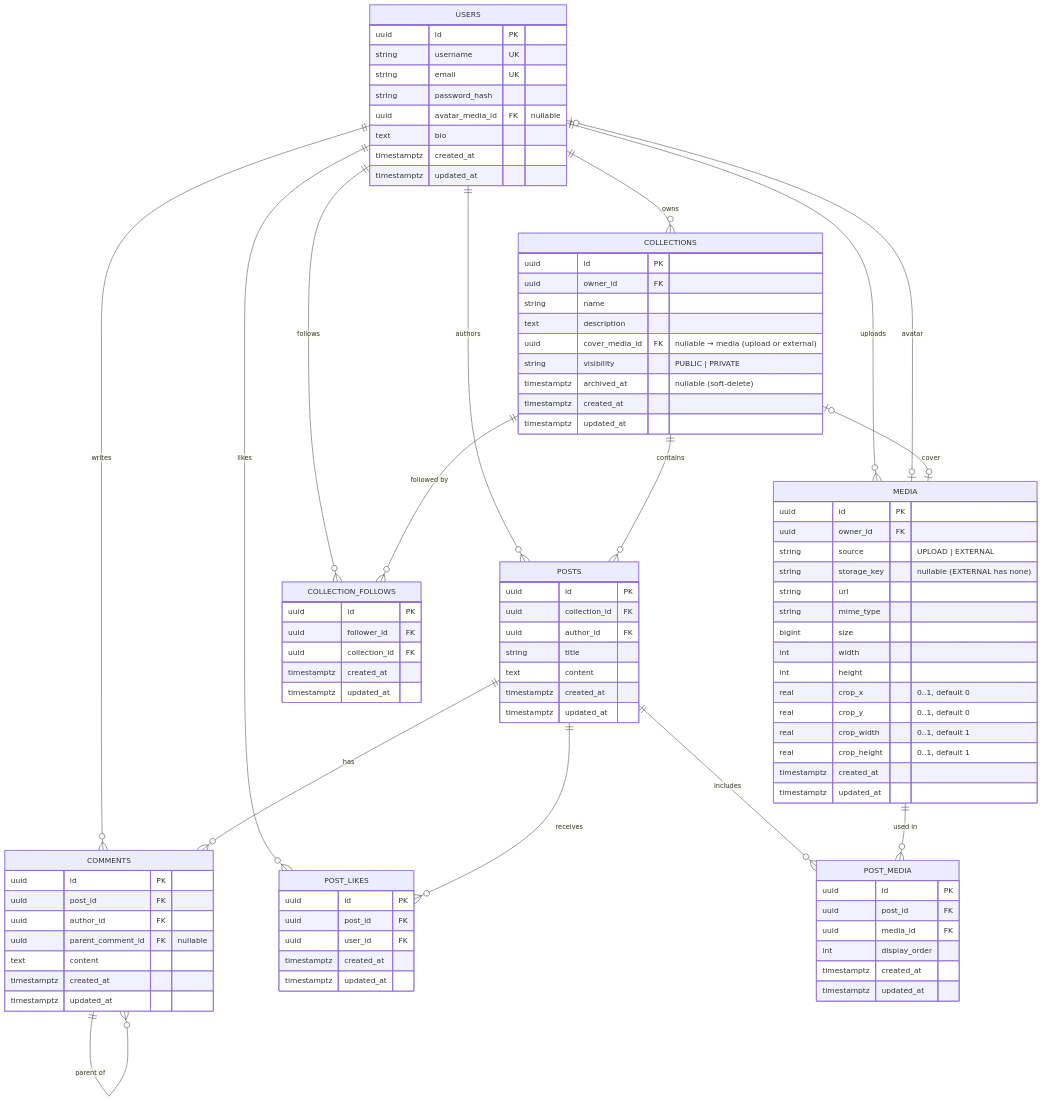
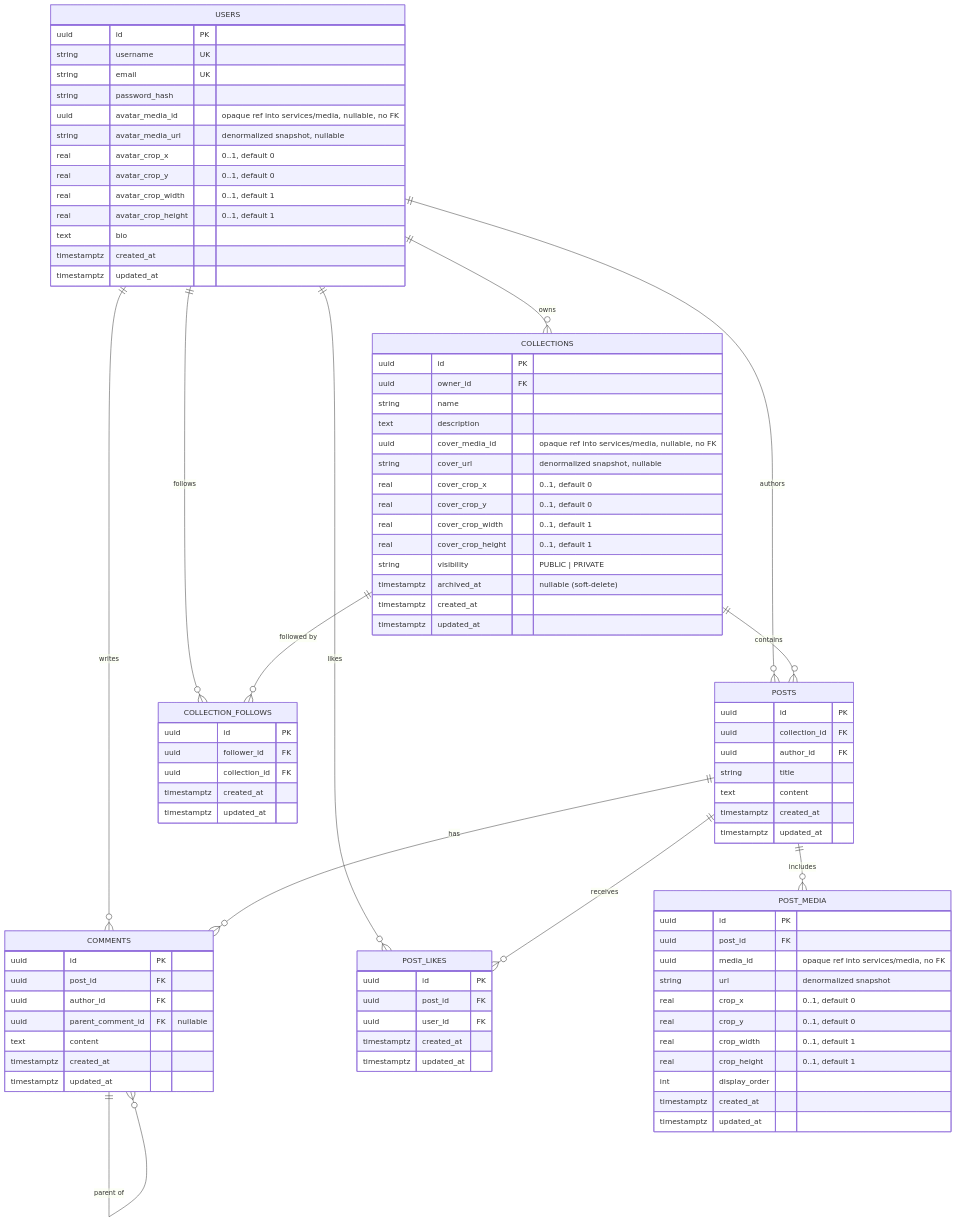
Before and after one commit to hdang-dev/dannest: the diagram in docs/tech/db-schema.md, drawn with Mermaid. The commit also changed other lines of this file and 69 other files, not shown here.

```diff
--- a/docs/tech/db-schema.md
+++ b/docs/tech/db-schema.md
@@ -24,14 +26,10 @@
 erDiagram
     USERS ||--o{ COLLECTIONS : owns
     USERS ||--o{ POSTS : authors
-    USERS ||--o{ MEDIA : uploads
     USERS ||--o{ COMMENTS : writes
     USERS ||--o{ POST_LIKES : likes
-    USERS |o--o| MEDIA : "avatar"
-    COLLECTIONS |o--o| MEDIA : "cover"
     COLLECTIONS ||--o{ POSTS : contains
     POSTS ||--o{ POST_MEDIA : includes
-    MEDIA ||--o{ POST_MEDIA : "used in"
     POSTS ||--o{ COMMENTS : has
     COMMENTS ||--o{ COMMENTS : "parent of"
     POSTS ||--o{ POST_LIKES : receives
@@ -43,7 +41,12 @@
         string username UK
         string email UK
         string password_hash
-        uuid avatar_media_id FK "nullable"
+        uuid avatar_media_id "opaque ref into services/media, nullable, no FK"
+        string avatar_media_url "denormalized snapshot, nullable"
+        real avatar_crop_x "0..1, default 0"
+        real avatar_crop_y "0..1, default 0"
+        real avatar_crop_width "0..1, default 1"
+        real avatar_crop_height "0..1, default 1"
         text bio
         timestamptz created_at
         timestamptz updated_at
@@ -53,7 +56,12 @@
         uuid owner_id FK
         string name
         text description
-        uuid cover_media_id FK "nullable → media (upload or external)"
+        uuid cover_media_id "opaque ref into services/media, nullable, no FK"
+        string cover_url "denormalized snapshot, nullable"
+        real cover_crop_x "0..1, default 0"
+        real cover_crop_y "0..1, default 0"
+        real cover_crop_width "0..1, default 1"
+        real cover_crop_height "0..1, default 1"
         string visibility "PUBLIC | PRIVATE"
         timestamptz archived_at "nullable (soft-delete)"
         timestamptz created_at
@@ -68,27 +76,15 @@
         timestamptz created_at
         timestamptz updated_at
     }
-    MEDIA {
+    POST_MEDIA {
         uuid id PK
-        uuid owner_id FK
-        string source "UPLOAD | EXTERNAL"
-        string storage_key "nullable (EXTERNAL has none)"
-        string url
-        string mime_type
-        bigint size
-        int width
-        int height
+        uuid post_id FK
+        uuid media_id "opaque ref into services/media, no FK"
+        string url "denormalized snapshot"
         real crop_x "0..1, default 0"
         real crop_y "0..1, default 0"
         real crop_width "0..1, default 1"
         real crop_height "0..1, default 1"
-        timestamptz created_at
-        timestamptz updated_at
-    }
-    POST_MEDIA {
-        uuid id PK
-        uuid post_id FK
-        uuid media_id FK
         int display_order
         timestamptz created_at
         timestamptz updated_at
```
